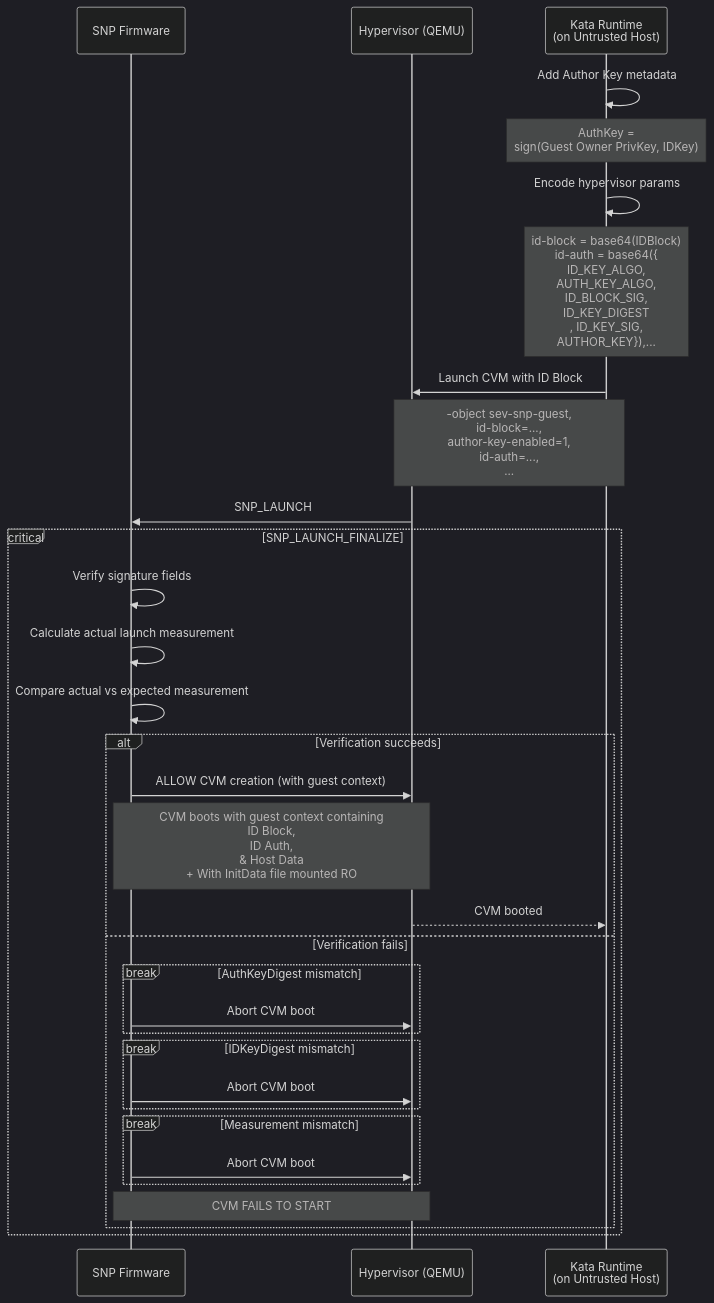
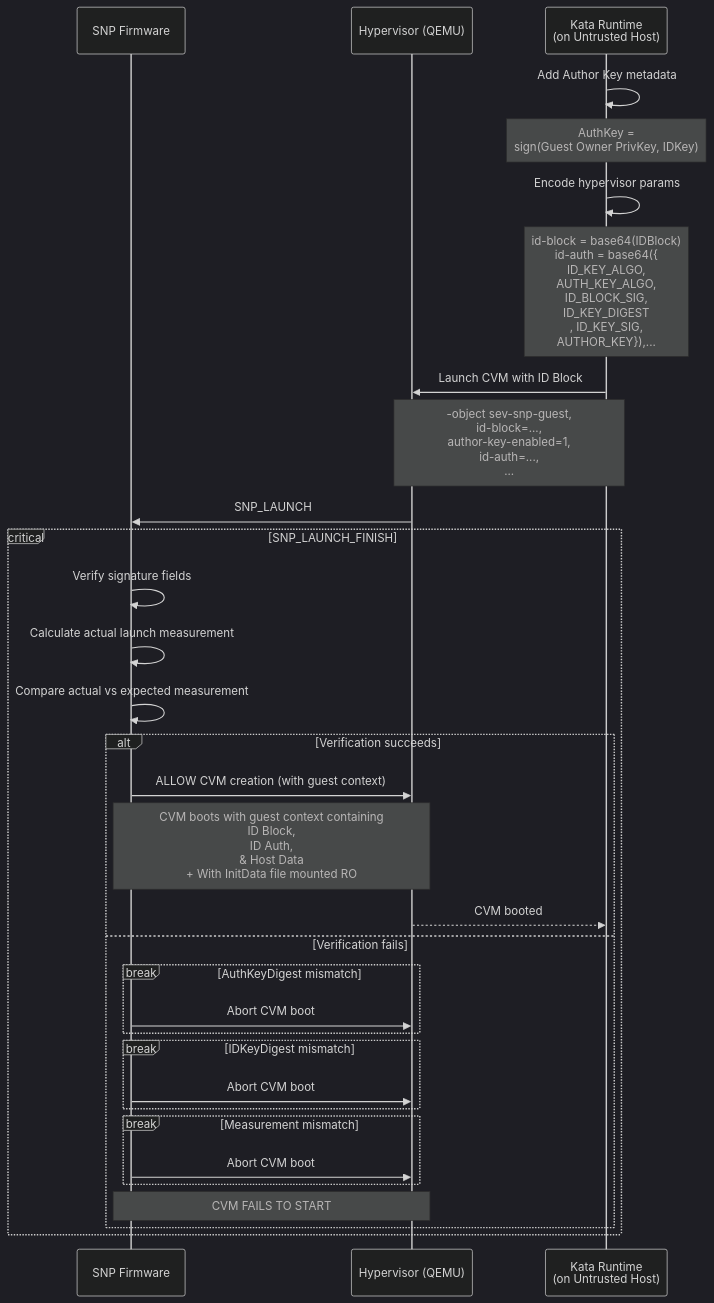
Before and after one commit to amd-cmaxwell/trustee: the third of 6 diagrams in kbs/src/plugins/implementations/sams/README.md, drawn with Mermaid (dark theme). The commit also changed other lines of this file and 3 other files, not shown here.

````diff
--- a/kbs/src/plugins/implementations/sams/README.md
+++ b/kbs/src/plugins/implementations/sams/README.md
@@ -160,39 +160,39 @@
 ```mermaid
 sequenceDiagram
     participant fw as SNP Firmware
     participant hv as Hypervisor (QEMU)
     participant kata_runtime as Kata Runtime<br>(on Untrusted Host)
 
     kata_runtime ->> kata_runtime: Add Author Key metadata
     note over kata_runtime: AuthKey = <br>sign(Guest Owner PrivKey, IDKey)
 
     kata_runtime ->> kata_runtime: Encode hypervisor params
     note over kata_runtime: id-block = base64(IDBlock)<br>id-auth = base64({<br>ID_KEY_ALGO,<br>AUTH_KEY_ALGO, <br>ID_BLOCK_SIG,<br>ID_KEY_DIGEST<br>, ID_KEY_SIG,<br> AUTHOR_KEY}),...
 
     kata_runtime ->> hv: Launch CVM with ID Block
     note over kata_runtime, hv: -object sev-snp-guest,<br>id-block=...,<br>author-key-enabled=1,<br>id-auth=...,<br>...
     hv ->> fw: SNP_LAUNCH
 
-    critical SNP_LAUNCH_FINALIZE
+    critical SNP_LAUNCH_FINISH
         fw ->> fw: Verify signature fields
         fw ->> fw: Calculate actual launch measurement
         fw ->> fw: Compare actual vs expected measurement
 
         alt Verification succeeds
             fw ->> hv: ALLOW CVM creation (with guest context)
             note over fw, hv: CVM boots with guest context containing<br> ID Block,<br> ID Auth,<br>& Host Data <br> + With InitData file mounted RO
             hv -->> kata_runtime: CVM booted
         else Verification fails
             break AuthKeyDigest mismatch
                 fw ->> hv: Abort CVM boot
             end
             break IDKeyDigest mismatch
                 fw ->> hv: Abort CVM boot
             end
             break Measurement mismatch
                 fw ->> hv: Abort CVM boot
             end
             note over fw, hv: CVM FAILS TO START
         end
     end
 ```
````
